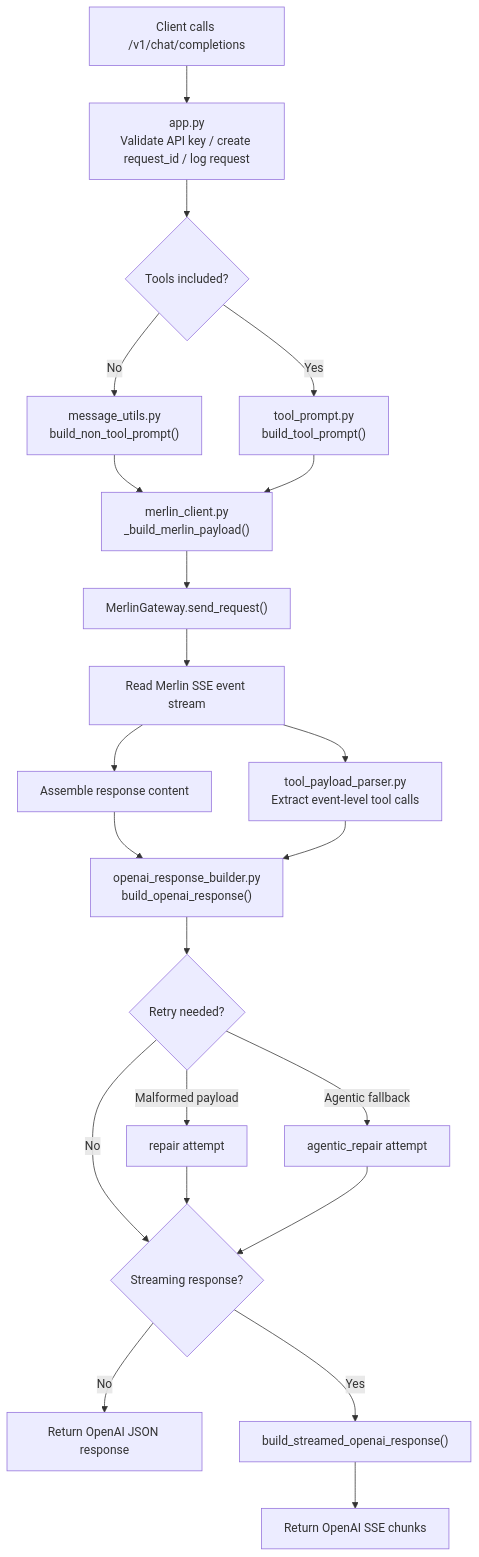
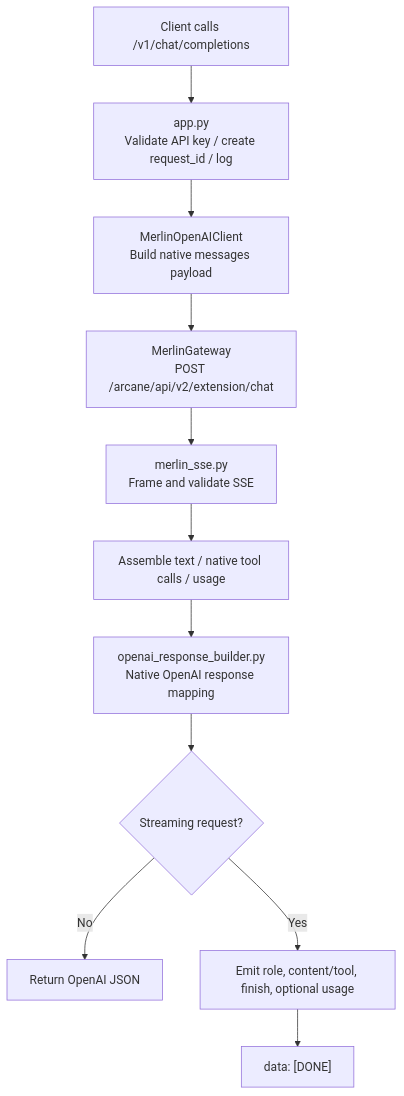
One commit to bigtongue5566/merlinai-adapter-server changed the diagram in docs/architecture-flow.md. Above: the diagram before and after it, drawn with Mermaid. The commit also changed other lines of this file and 33 other files, not shown here.

Commit message:
Migrate extension transport and validate emulated OpenCode tools (#21)

````diff
--- a/docs/architecture-flow.md
+++ b/docs/architecture-flow.md
@@ -28,30 +50,13 @@
 ```mermaid
 flowchart TD
-    A["Client calls /v1/chat/completions"] --> B["app.py<br/>Validate API key / create request_id / log request"]
-    B --> C{"Tools included?"}
-
-    C -->|No| D["message_utils.py<br/>build_non_tool_prompt()"]
-    C -->|Yes| E["tool_prompt.py<br/>build_tool_prompt()"]
-
-    D --> F["merlin_client.py<br/>_build_merlin_payload()"]
-    E --> F
-
-    F --> G["MerlinGateway.send_request()"]
-    G --> H["Read Merlin SSE event stream"]
-    H --> I["Assemble response content"]
-    H --> J["tool_payload_parser.py<br/>Extract event-level tool calls"]
-
-    I --> K["openai_response_builder.py<br/>build_openai_response()"]
-    J --> K
-
-    K --> L{"Retry needed?"}
-    L -->|Malformed payload| M["repair attempt"]
-    L -->|Agentic fallback| N["agentic_repair attempt"]
-    L -->|No| O{"Streaming response?"}
-    M --> O
-    N --> O
-
-    O -->|No| P["Return OpenAI JSON response"]
-    O -->|Yes| Q["build_streamed_openai_response()"]
-    Q --> R["Return OpenAI SSE chunks"]
+    A["Client calls /v1/chat/completions"] --> B["app.py<br/>Validate API key / create request_id / log"]
+    B --> C["MerlinOpenAIClient<br/>Build native messages payload"]
+    C --> D["MerlinGateway<br/>POST /arcane/api/v2/extension/chat"]
+    D --> E["merlin_sse.py<br/>Frame and validate SSE"]
+    E --> F["Assemble text / native tool calls / usage"]
+    F --> G["openai_response_builder.py<br/>Native OpenAI response mapping"]
+    G --> H{"Streaming request?"}
+    H -->|No| I["Return OpenAI JSON"]
+    H -->|Yes| J["Emit role, content/tool, finish, optional usage"]
+    J --> K["data: [DONE]"]
 ```
````
